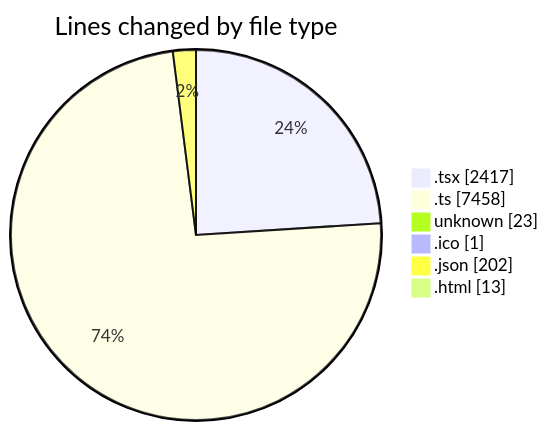
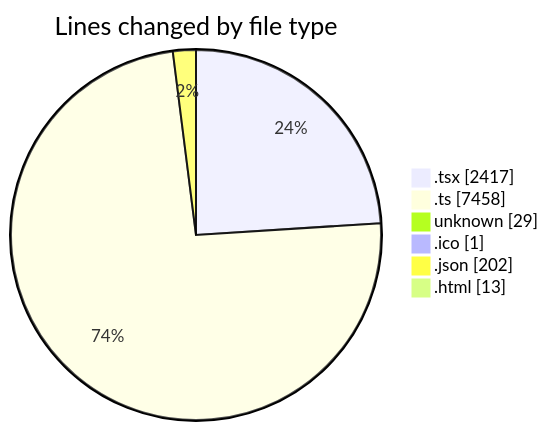
Before and after one commit to JenPaints/code-tracking: the first of 2 diagrams in 2025-06-20/modeljsondesigner/README.md, drawn with Mermaid. The commit also changed other lines of this file and 1 other file, not shown here.

````diff
--- a/2025-06-20/modeljsondesigner/README.md
+++ b/2025-06-20/modeljsondesigner/README.md
@@ -33,10 +33,10 @@
 ```mermaid
 pie showData
 title Lines changed by file type
 ".tsx" : 2417
 ".ts" : 7458
-"unknown" : 23
+"unknown" : 29
 ".ico" : 1
 ".json" : 202
 ".html" : 13
 ```
````
